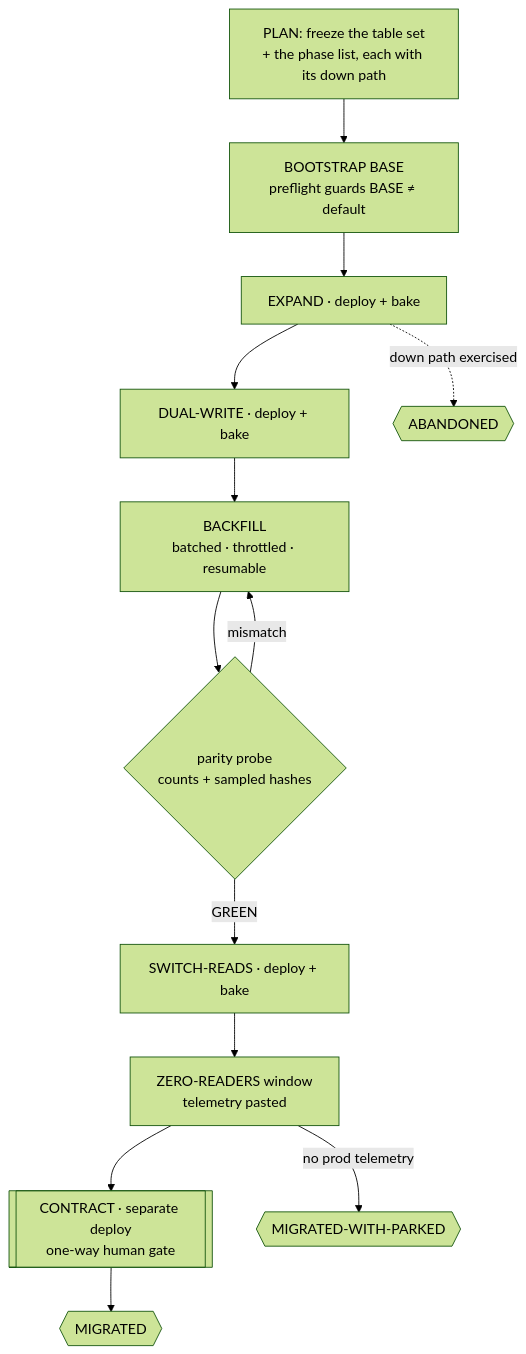
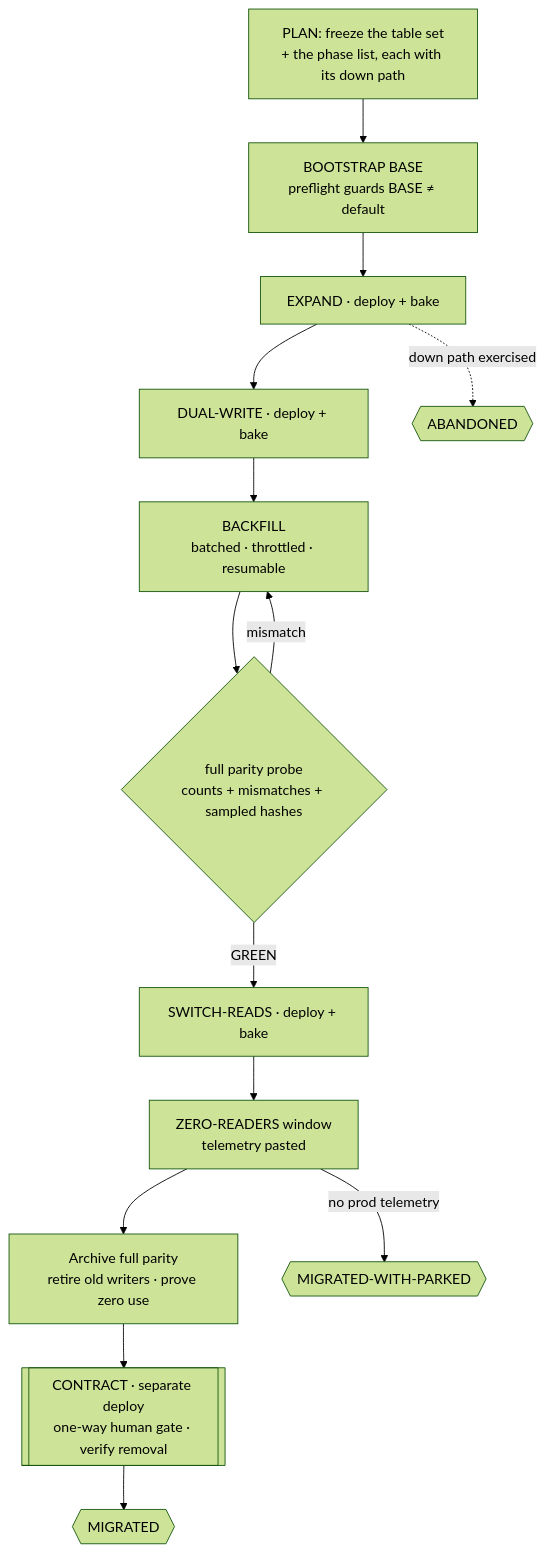
One commit to ravidsrk/orca-fleet changed the diagram in docs/missions/migrate-it.md. Above: the diagram before and after it, drawn with Mermaid (forest theme). The commit also changed other lines of this file and 6 other files, not shown here.

````diff
--- a/docs/missions/migrate-it.md
+++ b/docs/missions/migrate-it.md
@@ -47,15 +47,16 @@
 ```mermaid
 flowchart TD
     A[PLAN: freeze the table set<br/>+ the phase list, each with its down path] --> B[BOOTSTRAP BASE<br/>preflight guards BASE ≠ default]
     B --> C[EXPAND · deploy + bake]
     C --> D[DUAL-WRITE · deploy + bake]
     D --> E[BACKFILL<br/>batched · throttled · resumable]
-    E --> F{parity probe<br/>counts + sampled hashes}
+    E --> F{full parity probe<br/>counts + mismatches + sampled hashes}
     F -->|mismatch| E
     F -->|GREEN| G[SWITCH-READS · deploy + bake]
     G --> H[ZERO-READERS window<br/>telemetry pasted]
-    H --> I[[CONTRACT · separate deploy<br/>one-way human gate]]
+    H --> P[Archive full parity<br/>retire old writers · prove zero use]
+    P --> I[[CONTRACT · separate deploy<br/>one-way human gate · verify removal]]
     I --> J{{MIGRATED}}
     H -->|no prod telemetry| K{{MIGRATED-WITH-PARKED}}
     C -.->|down path exercised| L{{ABANDONED}}
 ```
````
